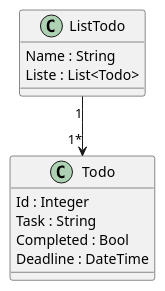
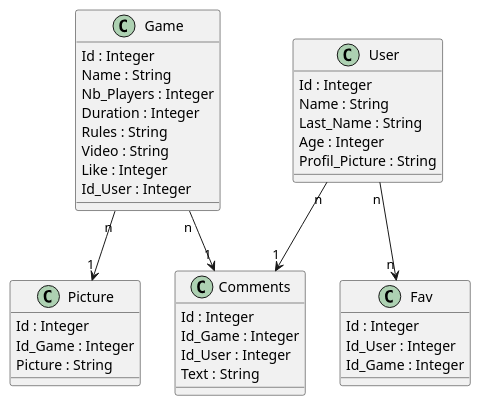
One commit to JeanMestressat/Carte-Blanche-Backend changed the diagram in Models/Diagram.puml. Above: the diagram before and after it, drawn with PlantUML. The commit also changed 2 other files, not shown here.

```diff
--- a/Models/Diagram.puml
+++ b/Models/Diagram.puml
@@ -1,19 +1,53 @@
 @startuml CarteBlanche
 
-class Todo
+class Comments
 {
     Id : Integer
-    Task : String
-    Completed : Bool
-    Deadline : DateTime 
+    Id_Game : Integer
+    Id_User : Integer
+    Text : String
 }
 
-class ListTodo
+class Fav
 {
-    Name : String
-    Liste : List<Todo>
+    Id : Integer
+    Id_User : Integer
+    Id_Game : Integer
 }
 
-ListTodo "1" --> "1*" Todo
+class Game 
+{
+    Id : Integer
+    Name : String
+    Nb_Players : Integer
+    Duration : Integer
+    Rules : String
+    Video : String
+    Like : Integer
+    Id_User : Integer
+}
+
+Game "n" --> "1"Comments
+Game "n" --> "1" Picture
+
+class Picture 
+{
+    Id : Integer
+    Id_Game : Integer
+    Picture : String
+}
+
+class User 
+{
+    Id : Integer
+    Name : String
+    Last_Name : String
+    Age : Integer
+    Profil_Picture : String 
+}
+
+User "n" --> "1"Comments
+User "n" --> "n"Fav
+
 
 @enduml
```
